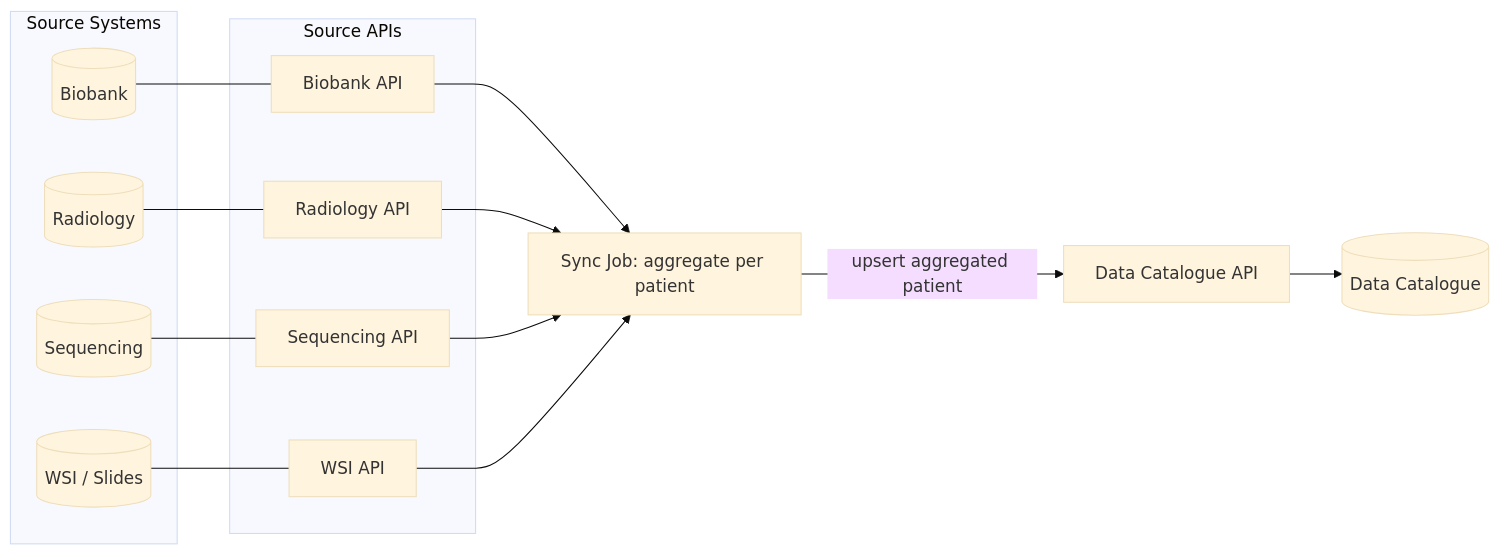
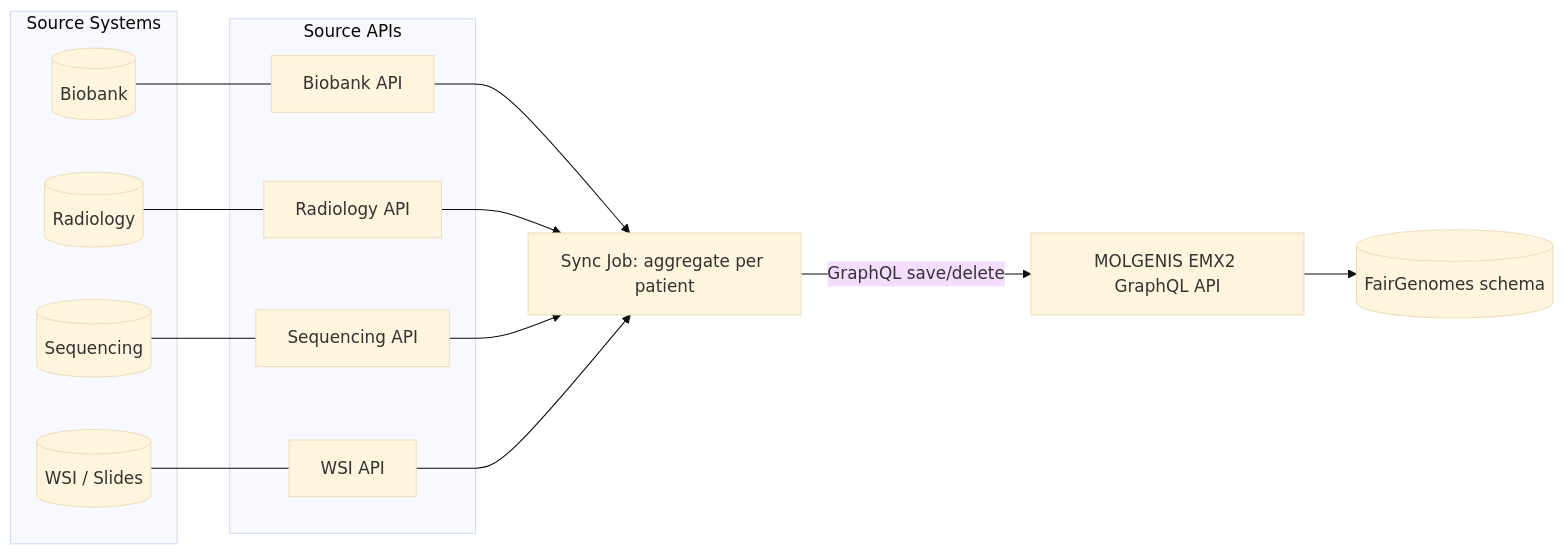
Before and after one commit to BBMRI-cz/data-catalogue-upload: the first of 4 diagrams in ARCHITECTURE.md, drawn with Mermaid (base theme). The commit also changed other lines of this file and 2 other files, not shown here.

First line of the commit message:
docs: describe the EMX2 upload path

````diff
--- a/ARCHITECTURE.md
+++ b/ARCHITECTURE.md
@@ -16,31 +16,31 @@
 ```mermaid
 flowchart LR
     subgraph sourceSystems [Source Systems]
         Biobank[("Biobank")]
         Radiology[("Radiology")]
         Sequencing[("Sequencing")]
         WsiSlides[("WSI / Slides")]
     end
 
     subgraph sourceApis [Source APIs]
         BiobankApi["Biobank API"]
         RadiologyApi["Radiology API"]
         SequencingApi["Sequencing API"]
         WsiApi["WSI API"]
     end
 
     Biobank --- BiobankApi
     Radiology --- RadiologyApi
     Sequencing --- SequencingApi
     WsiSlides --- WsiApi
 
     SyncJob["Sync Job: aggregate per patient"]
 
     BiobankApi --> SyncJob
     RadiologyApi --> SyncJob
     SequencingApi --> SyncJob
     WsiApi --> SyncJob
 
-    SyncJob -->|"upsert aggregated patient"| CatalogueApi["Data Catalogue API"]
-    CatalogueApi --> Catalogue[("Data Catalogue")]
+    SyncJob -->|"GraphQL save/delete"| CatalogueApi["MOLGENIS EMX2 GraphQL API"]
+    CatalogueApi --> Catalogue[("FairGenomes schema")]
 ```
````
